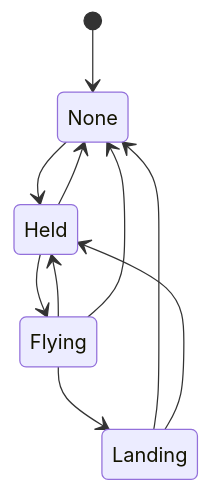
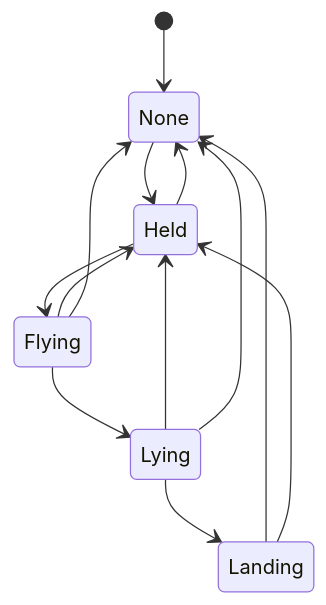
One commit to Kobu-Labs/drycastle changed the fourth of 59 diagrams in docs/state-machines.md. Above: the diagram before and after it, drawn with Mermaid. The commit also changed other lines of this file and 3 other files, not shown here.

````diff
--- a/docs/state-machines.md
+++ b/docs/state-machines.md
@@ -149,12 +149,15 @@
 ```mermaid
 stateDiagram-v2
     [*] --> None
     None --> Held
     Held --> Flying
     Held --> None
-    Flying --> Landing
+    Flying --> Lying
     Flying --> Held
     Flying --> None
+    Lying --> Landing
+    Lying --> Held
+    Lying --> None
     Landing --> None
     Landing --> Held
 ```
````
